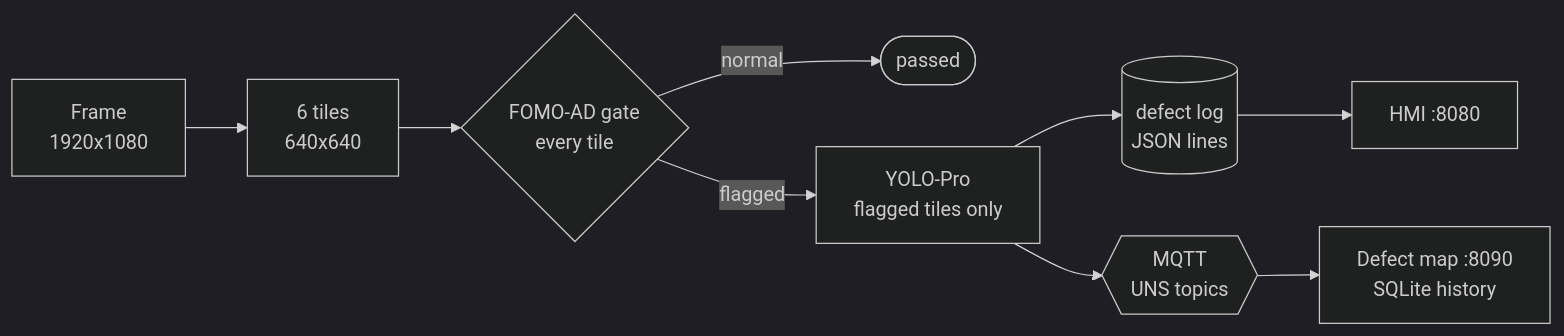
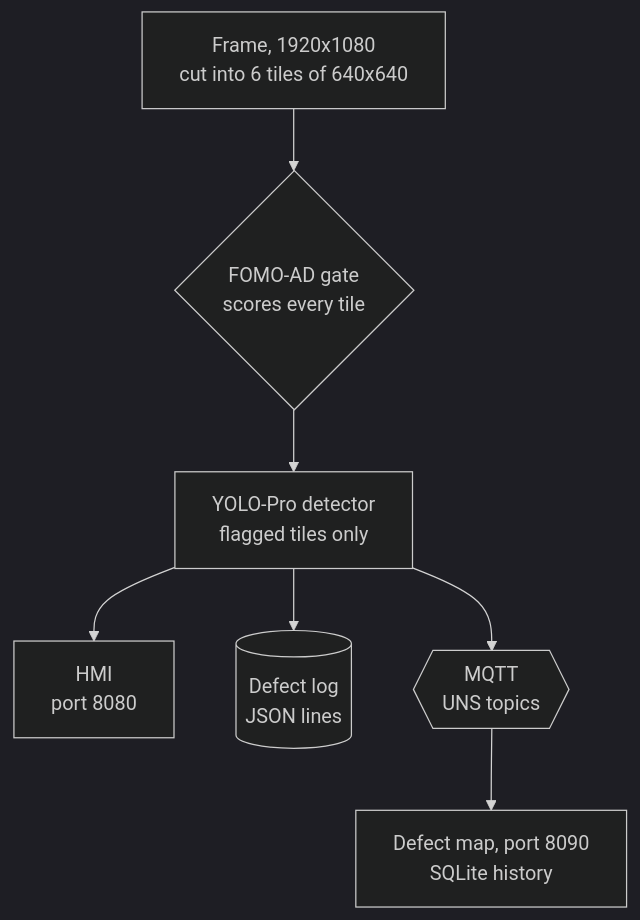
The diagram in README.md (MartinsAwojide/webcheck), drawn with Mermaid (dark theme) before and after one commit. The commit also changed other lines of this file, not shown here.

Commit message:
docs: README step 3 in a code block; the cascade diagram fits the page

````diff
--- a/README.md
+++ b/README.md
@@ -94,11 +104,9 @@
 ```mermaid
-flowchart LR
-    F["Frame<br/>1920x1080"] --> T["6 tiles<br/>640x640"]
-    T --> G{"FOMO-AD gate<br/>every tile"}
-    G -- "normal" --> P(["passed"])
-    G -- "flagged" --> D["YOLO-Pro<br/>flagged tiles only"]
-    D --> L[("defect log<br/>JSON lines")]
+flowchart TB
+    F["Frame, 1920x1080<br/>cut into 6 tiles of 640x640"] --> G{"FOMO-AD gate<br/>scores every tile"}
+    G --> D["YOLO-Pro detector<br/>flagged tiles only"]
+    D --> H["HMI<br/>port 8080"]
+    D --> L[("Defect log<br/>JSON lines")]
     D --> M{{"MQTT<br/>UNS topics"}}
-    L --> H["HMI :8080"]
-    M --> S["Defect map :8090<br/>SQLite history"]
+    M --> S["Defect map, port 8090<br/>SQLite history"]
 ```
````
